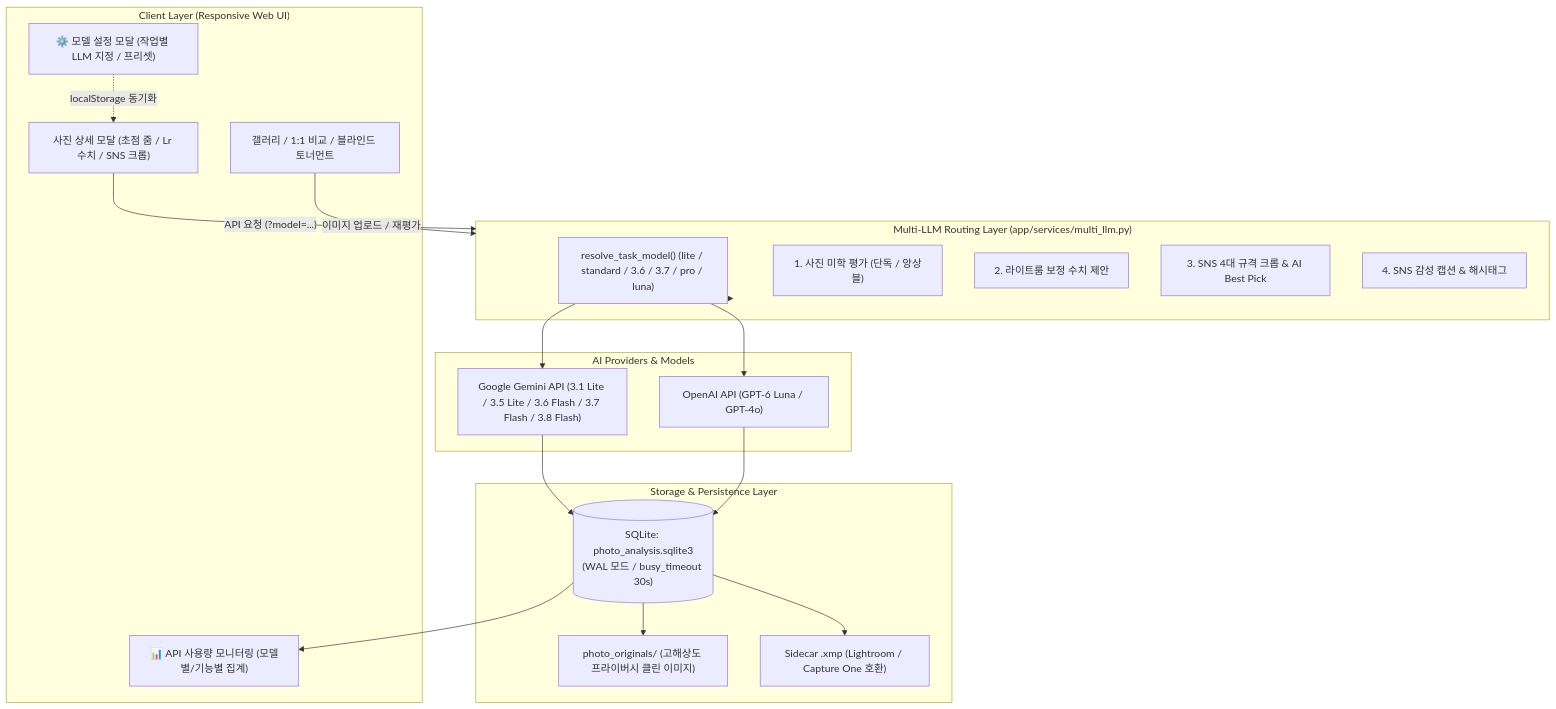
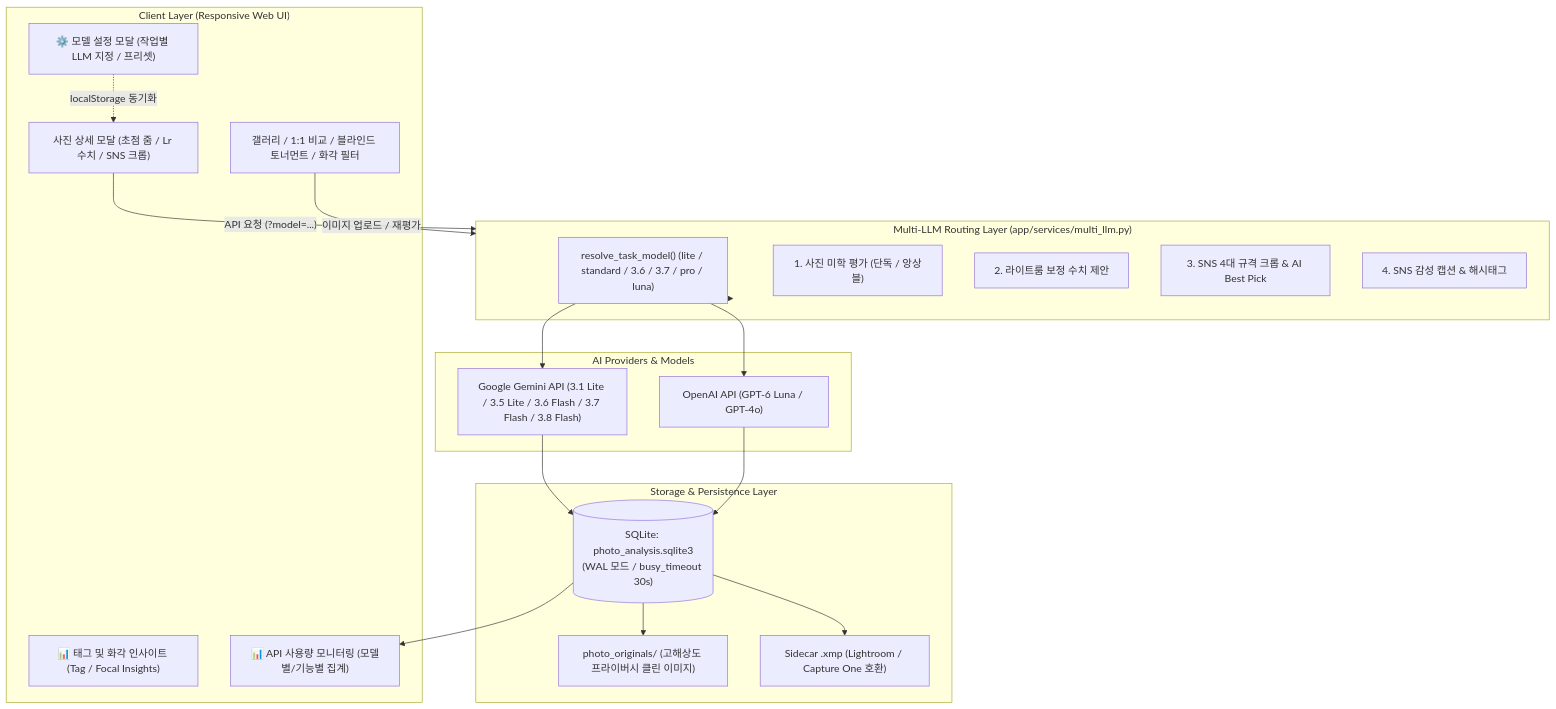
Before and after one commit to hongjung37/figure-photo-grader: the diagram in WORKFLOW_AND_DEV_GUIDE.md, drawn with Mermaid. The commit also changed other lines of this file and 1 other file, not shown here.

````diff
--- a/WORKFLOW_AND_DEV_GUIDE.md
+++ b/WORKFLOW_AND_DEV_GUIDE.md
@@ -9,40 +9,41 @@
 ```mermaid
 flowchart TD
     subgraph Client ["Client Layer (Responsive Web UI)"]
-        UI_Gallery["갤러리 / 1:1 비교 / 블라인드 토너먼트"]
+        UI_Gallery["갤러리 / 1:1 비교 / 블라인드 토너먼트 / 화각 필터"]
+        UI_Insights["📊 태그 및 화각 인사이트 (Tag / Focal Insights)"]
         UI_Settings["⚙️ 모델 설정 모달 (작업별 LLM 지정 / 프리셋)"]
         UI_Detail["사진 상세 모달 (초점 줌 / Lr 수치 / SNS 크롭)"]
         UI_Usage["📊 API 사용량 모니터링 (모델별/기능별 집계)"]
     end
 
     subgraph Router ["Multi-LLM Routing Layer (app/services/multi_llm.py)"]
         Resolver["resolve_task_model() (lite / standard / 3.6 / 3.7 / pro / luna)"]
         Task_Grader["1. 사진 미학 평가 (단독 / 앙상블)"]
         Task_Lr["2. 라이트룸 보정 수치 제안"]
         Task_Crop["3. SNS 4대 규격 크롭 & AI Best Pick"]
         Task_Caption["4. SNS 감성 캡션 & 해시태그"]
     end
 
     subgraph Providers ["AI Providers & Models"]
         Gemini["Google Gemini API (3.1 Lite / 3.5 Lite / 3.6 Flash / 3.7 Flash / 3.8 Flash)"]
         OpenAI["OpenAI API (GPT-6 Luna / GPT-4o)"]
     end
 
     subgraph Storage ["Storage & Persistence Layer"]
         DB[("SQLite: photo_analysis.sqlite3<br/>(WAL 모드 / busy_timeout 30s)")]
         Originals["photo_originals/ (고해상도 프라이버시 클린 이미지)"]
         XMP["Sidecar .xmp (Lightroom / Capture One 호환)"]
     end
 
     UI_Settings -.->|"localStorage 동기화"| UI_Detail
     UI_Detail -->|"API 요청 (?model=...)"| Router
     UI_Gallery -->|"이미지 업로드 / 재평가"| Router
     Router --> Resolver
     Resolver --> Gemini
     Resolver --> OpenAI
     Gemini --> DB
     OpenAI --> DB
     DB --> UI_Usage
     DB --> Originals
     DB --> XMP
 ```
````
